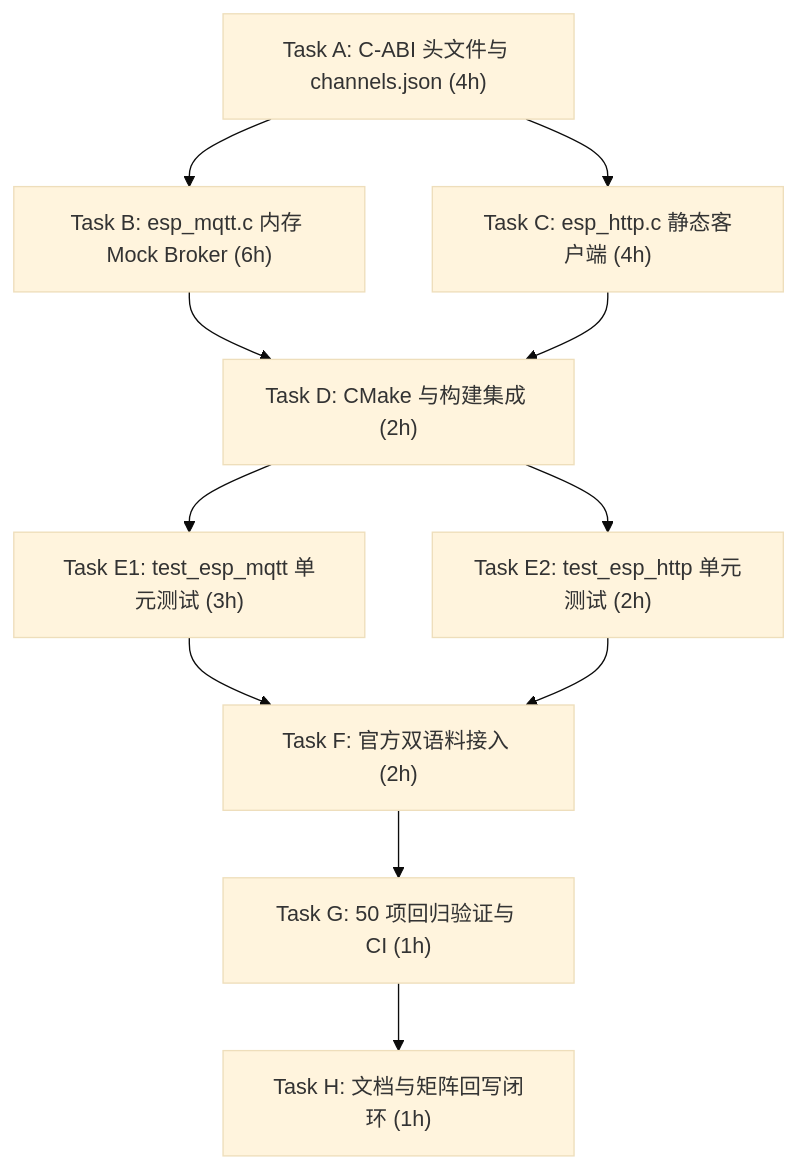
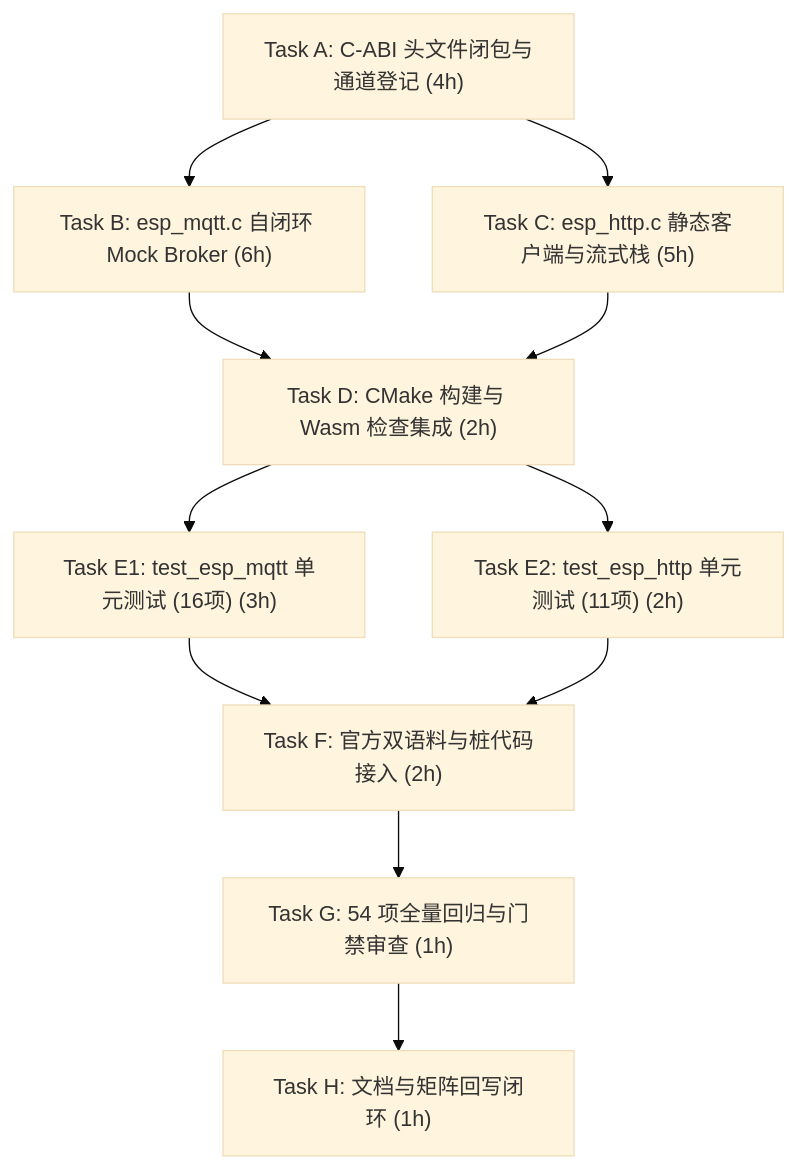
One commit to wink-cloud-hub/wink-ai-embedded changed the diagram in docs/implementation-plans/esp32/2026-09-27-esp-idf-sim-m4-2-mqtt-http-plan.md. Above: the diagram before and after it, drawn with Mermaid (base theme). The commit also changed other lines of this file and 3 other files, not shown here.

````diff
--- a/docs/implementation-plans/esp32/2026-09-27-esp-idf-sim-m4-2-mqtt-http-plan.md
+++ b/docs/implementation-plans/esp32/2026-09-27-esp-idf-sim-m4-2-mqtt-http-plan.md
@@ -379,13 +466,13 @@
 ```mermaid
 graph TD
-    A["Task A: C-ABI 头文件与 channels.json (4h)"] --> B["Task B: esp_mqtt.c 内存 Mock Broker (6h)"]
-    A --> C["Task C: esp_http.c 静态客户端 (4h)"]
-    B --> D["Task D: CMake 与构建集成 (2h)"]
+    A["Task A: C-ABI 头文件闭包与通道登记 (4h)"] --> B["Task B: esp_mqtt.c 自闭环 Mock Broker (6h)"]
+    A --> C["Task C: esp_http.c 静态客户端与流式栈 (5h)"]
+    B --> D["Task D: CMake 构建与 Wasm 检查集成 (2h)"]
     C --> D
-    D --> E1["Task E1: test_esp_mqtt 单元测试 (3h)"]
-    D --> E2["Task E2: test_esp_http 单元测试 (2h)"]
-    E1 --> F["Task F: 官方双语料接入 (2h)"]
+    D --> E1["Task E1: test_esp_mqtt 单元测试 (16项) (3h)"]
+    D --> E2["Task E2: test_esp_http 单元测试 (11项) (2h)"]
+    E1 --> F["Task F: 官方双语料与桩代码接入 (2h)"]
     E2 --> F
-    F --> G["Task G: 50 项回归验证与 CI (1h)"]
+    F --> G["Task G: 54 项全量回归与门禁审查 (1h)"]
     G --> H["Task H: 文档与矩阵回写闭环 (1h)"]
 ```
````
